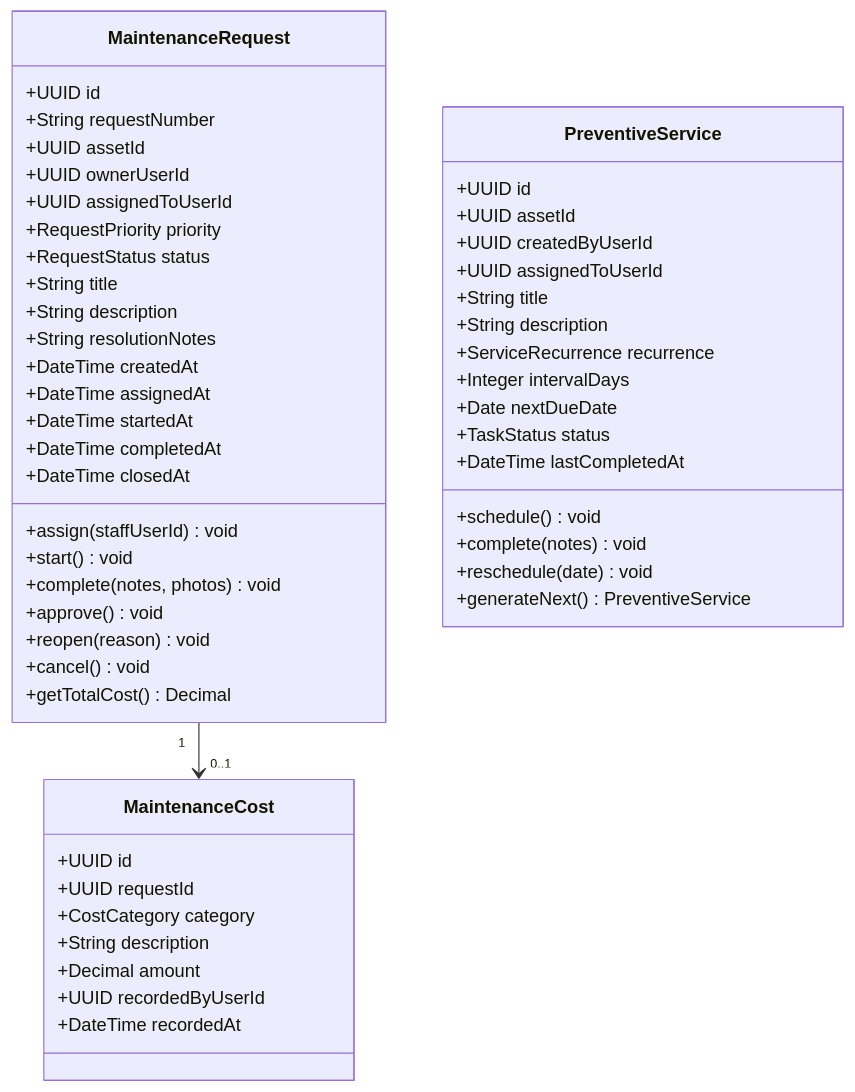
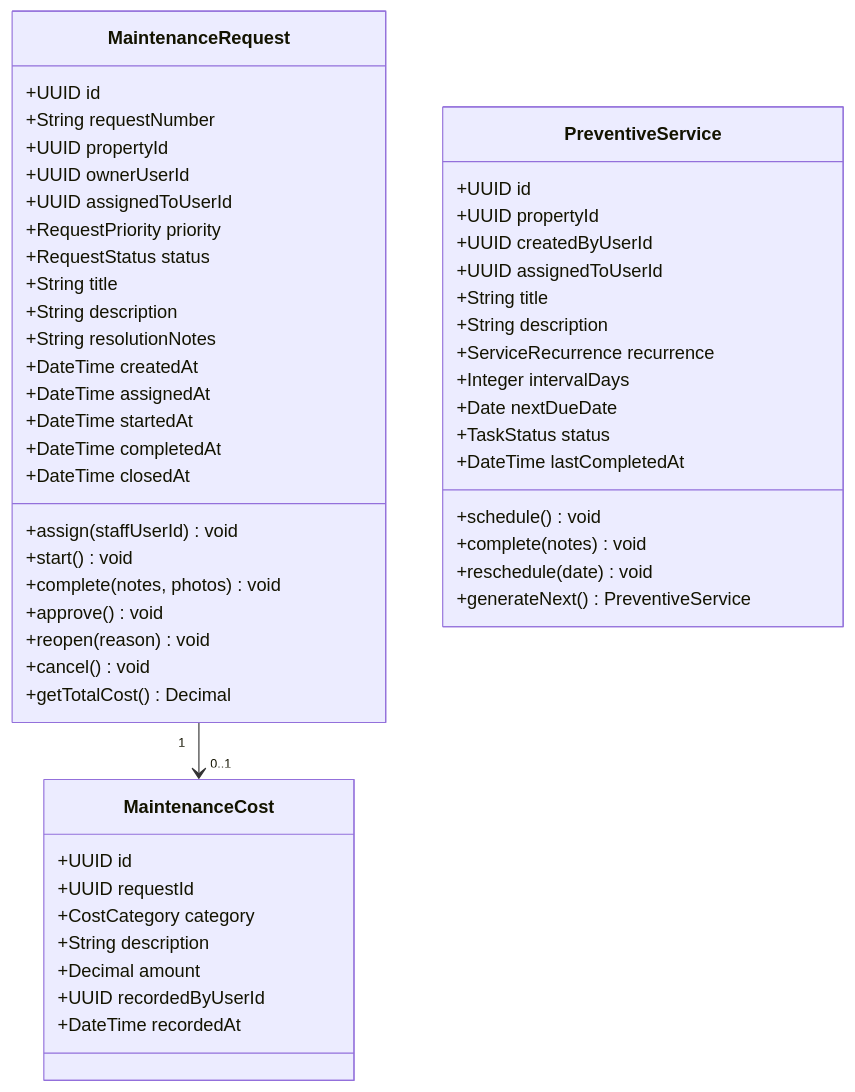
One commit to 0Ankit0/meroghar changed the eighth of 8 diagrams in docs/detailed-design/class-diagrams.md. Above: the diagram before and after it, drawn with Mermaid. The commit also changed other lines of this file and 13 other files, not shown here.

````diff
--- a/docs/detailed-design/class-diagrams.md
+++ b/docs/detailed-design/class-diagrams.md
@@ -474,57 +474,57 @@
 ```mermaid
 classDiagram
     class MaintenanceRequest {
         +UUID id
         +String requestNumber
-        +UUID assetId
+        +UUID propertyId
         +UUID ownerUserId
         +UUID assignedToUserId
         +RequestPriority priority
         +RequestStatus status
         +String title
         +String description
         +String resolutionNotes
         +DateTime createdAt
         +DateTime assignedAt
         +DateTime startedAt
         +DateTime completedAt
         +DateTime closedAt
         +assign(staffUserId) void
         +start() void
         +complete(notes, photos) void
         +approve() void
         +reopen(reason) void
         +cancel() void
         +getTotalCost() Decimal
     }
 
     class MaintenanceCost {
         +UUID id
         +UUID requestId
         +CostCategory category
         +String description
         +Decimal amount
         +UUID recordedByUserId
         +DateTime recordedAt
     }
 
     class PreventiveService {
         +UUID id
-        +UUID assetId
+        +UUID propertyId
         +UUID createdByUserId
         +UUID assignedToUserId
         +String title
         +String description
         +ServiceRecurrence recurrence
         +Integer intervalDays
         +Date nextDueDate
         +TaskStatus status
         +DateTime lastCompletedAt
         +schedule() void
         +complete(notes) void
         +reschedule(date) void
         +generateNext() PreventiveService
     }
 
     MaintenanceRequest "1" --> "0..1" MaintenanceCost
 ```
````
